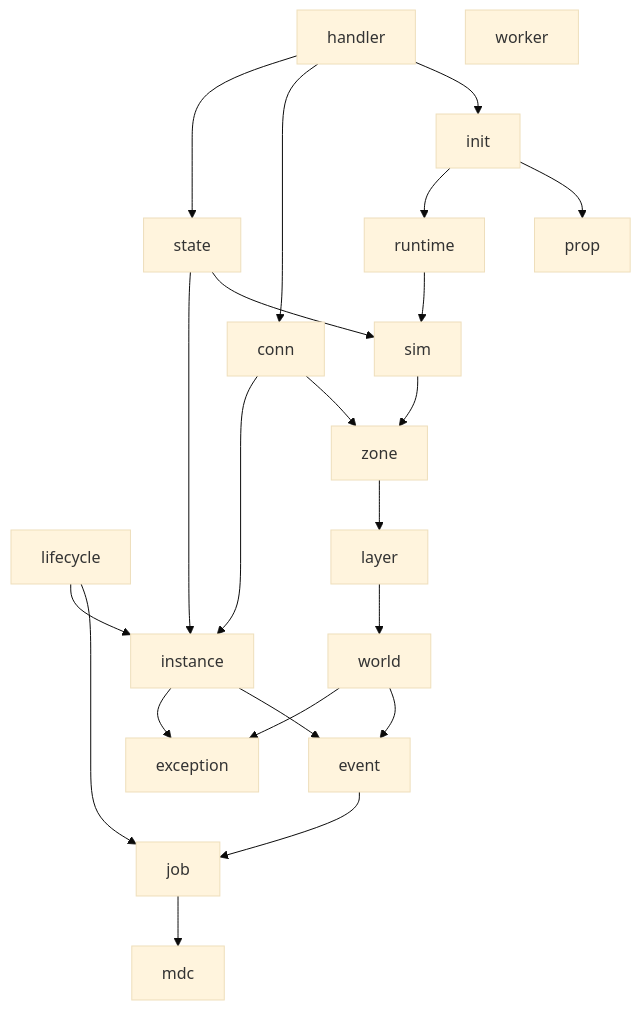
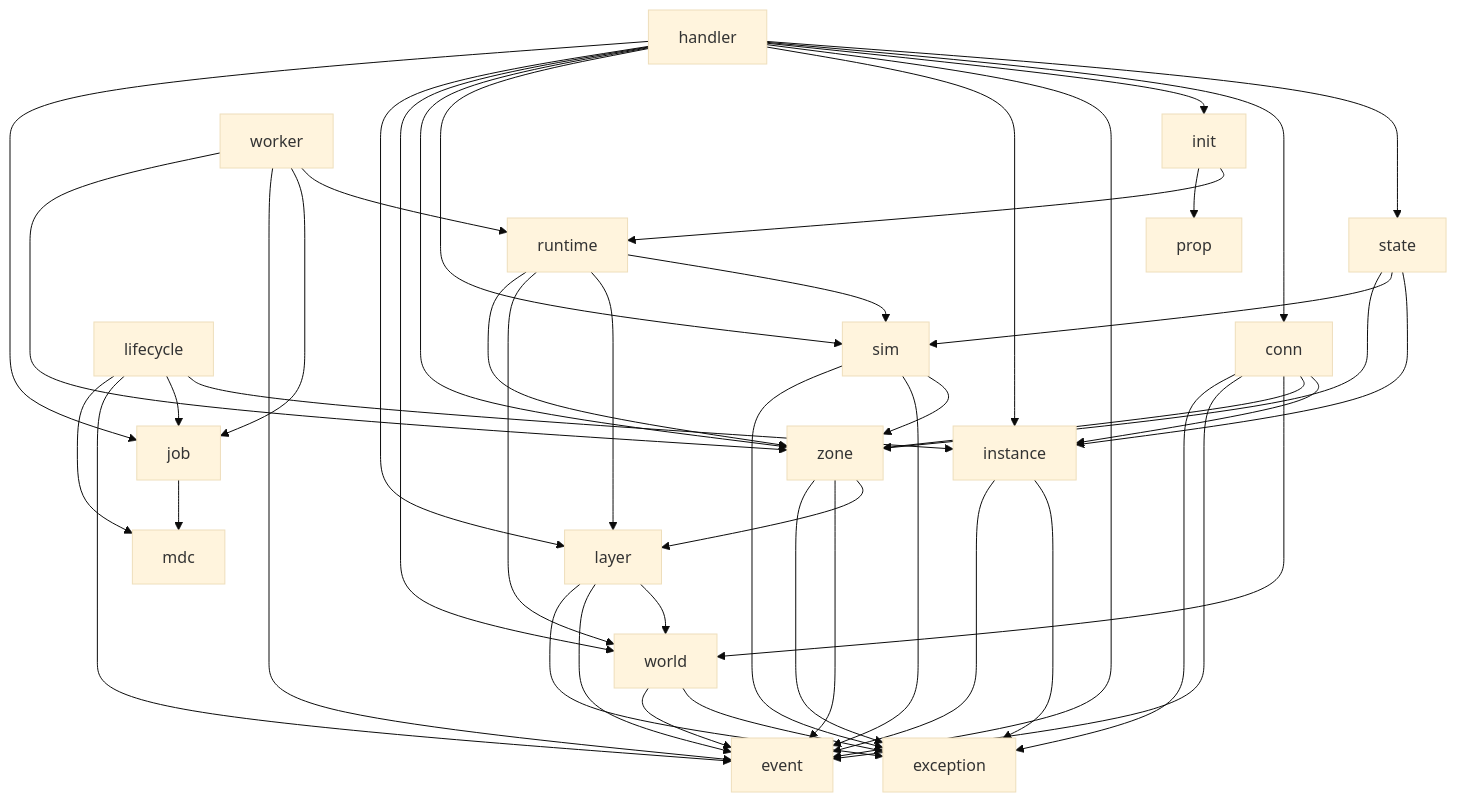
Before and after one commit to crionuke/omgcluster: the diagram in MODULES.md, drawn with Mermaid (base theme). The commit also changed 18 other files, not shown here.

First line of the commit message:
Add per-entity job scheduling with zone worker (#25)

````diff
--- a/MODULES.md
+++ b/MODULES.md
@@ -1,38 +1,61 @@
 ```mermaid
 graph TD
     handler --> state
     handler --> conn
     handler --> init
+    handler --> event
+    handler --> instance
+    handler --> sim
+    handler --> zone
+    handler --> world
+    handler --> layer
+    handler --> job
 
     lifecycle --> instance
     lifecycle --> job
+    lifecycle --> event
+    lifecycle --> mdc
 
     init --> runtime
     init --> prop
 
     state --> instance
     state --> sim
+    state --> zone
 
     runtime --> sim
+    runtime --> layer
+    runtime --> world
+    runtime --> zone
 
     conn --> instance
     conn --> zone
+    conn --> world
+    conn --> event
+    conn --> exception
 
     sim --> zone
+    sim --> event
+    sim --> exception
 
     zone --> layer
+    zone --> event
+    zone --> exception
 
     layer --> world
+    layer --> event
+    layer --> exception
 
     world --> exception
     world --> event
 
     instance --> exception
     instance --> event
 
-    event --> job
-
     job --> mdc
 
-    worker
+    worker --> runtime
+    worker --> job
+    worker --> event
+    worker --> zone
 ```
````
